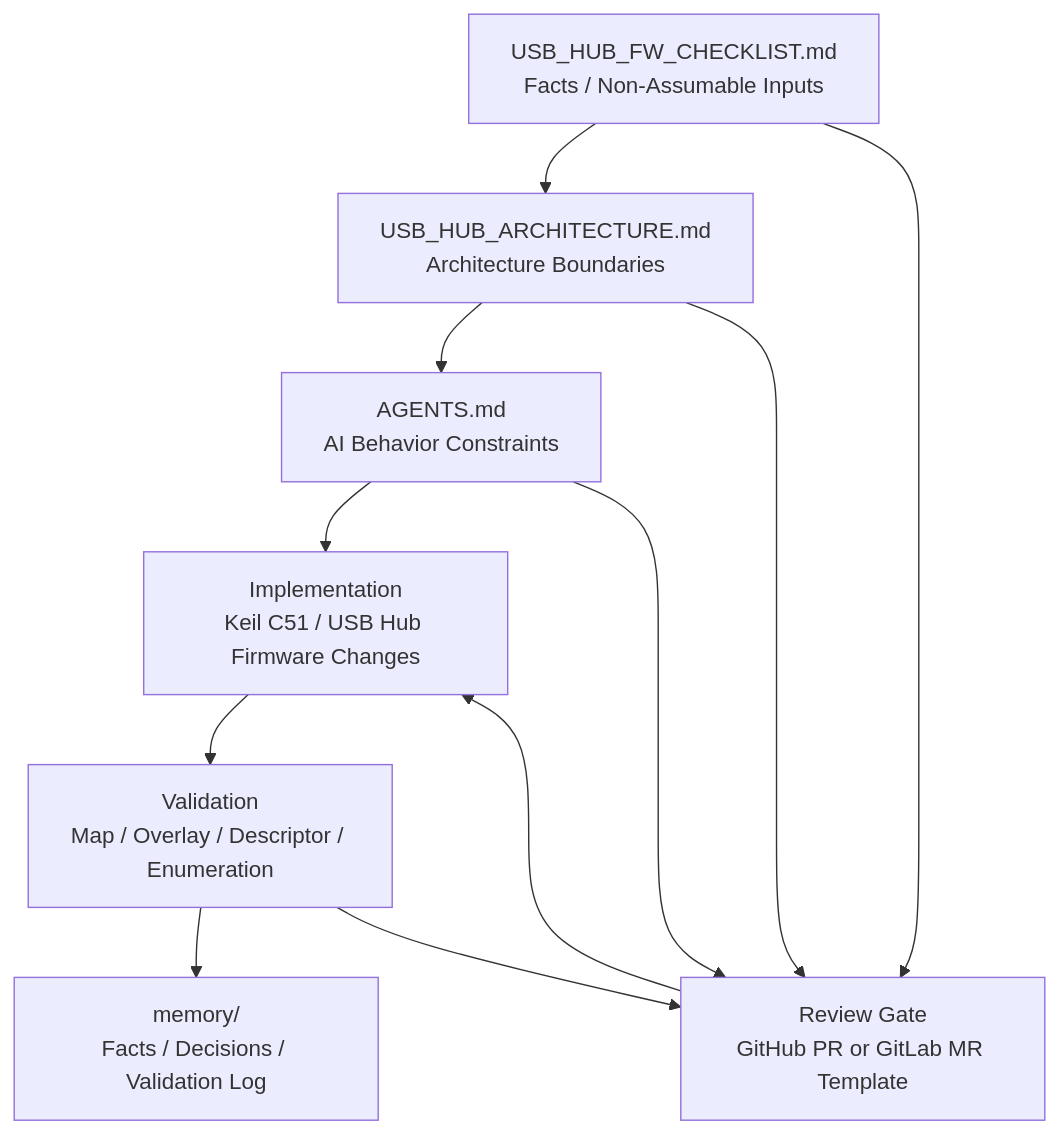
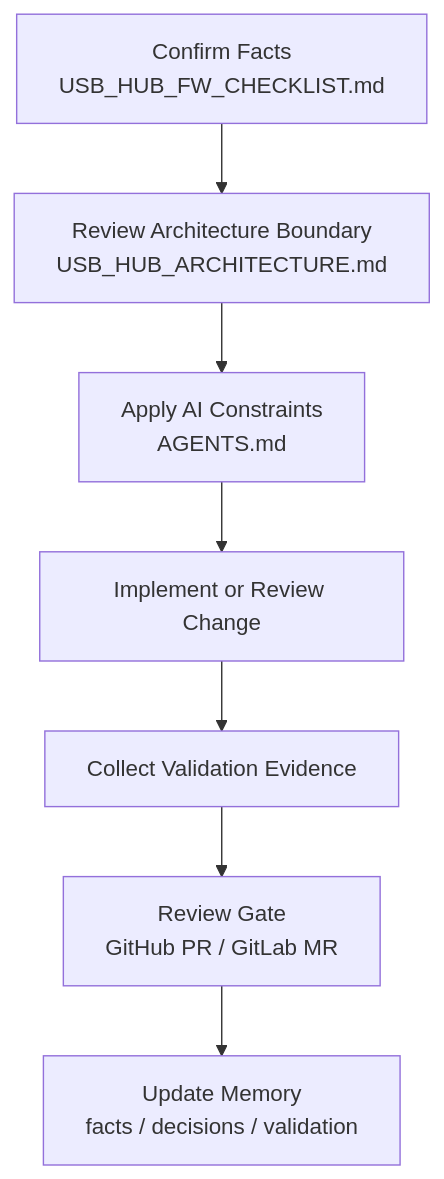
One commit to GavinWu672/USB-Hub-Firmware-Architecture-Contract changed the second of 2 diagrams in README.md. Above: the diagram before and after it, drawn with Mermaid. The commit also changed other lines of this file, not shown here.

Commit message:
docs: clarify governance architecture and change flow diagrams

````diff
--- a/README.md
+++ b/README.md
@@ -70,21 +70,17 @@
 ```mermaid
 flowchart TD
-    A[USB_HUB_FW_CHECKLIST.md<br/>Facts / Non-Assumable Inputs]
-    B[USB_HUB_ARCHITECTURE.md<br/>Architecture Boundaries]
-    C[AGENTS.md<br/>AI Behavior Constraints]
-    D[Implementation<br/>Keil C51 / USB Hub Firmware Changes]
-    E[Validation<br/>Map / Overlay / Descriptor / Enumeration]
-    F[memory/<br/>Facts / Decisions / Validation Log]
-    G[Review Gate<br/>GitHub PR or GitLab MR Template]
+    A[Confirm Facts<br/>USB_HUB_FW_CHECKLIST.md]
+    B[Review Architecture Boundary<br/>USB_HUB_ARCHITECTURE.md]
+    C[Apply AI Constraints<br/>AGENTS.md]
+    D[Implement or Review Change]
+    E[Collect Validation Evidence]
+    F[Review Gate<br/>GitHub PR / GitLab MR]
+    G[Update Memory<br/>facts / decisions / validation]
 
     A --> B
     B --> C
     C --> D
     D --> E
     E --> F
-    A --> G
-    B --> G
-    C --> G
-    E --> G
-    G --> D
+    F --> G
 ```
````
